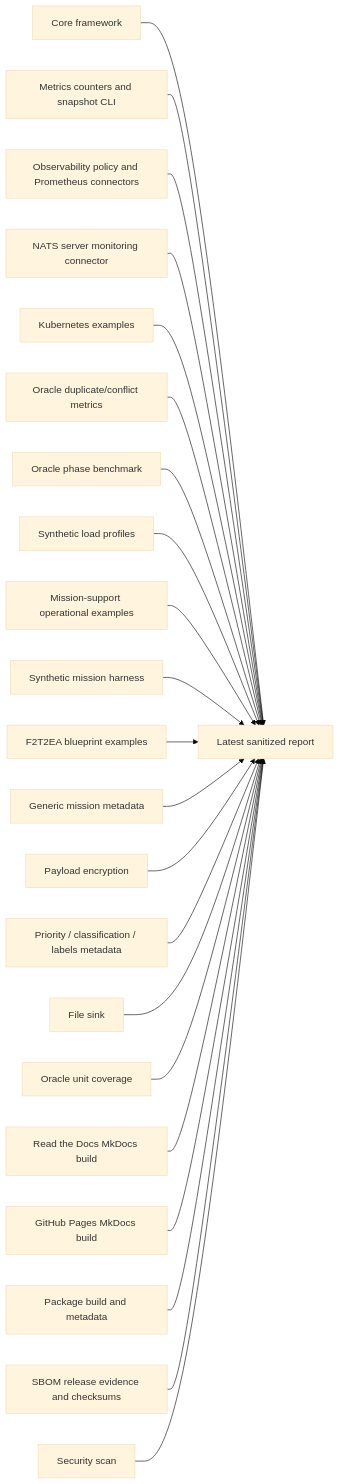
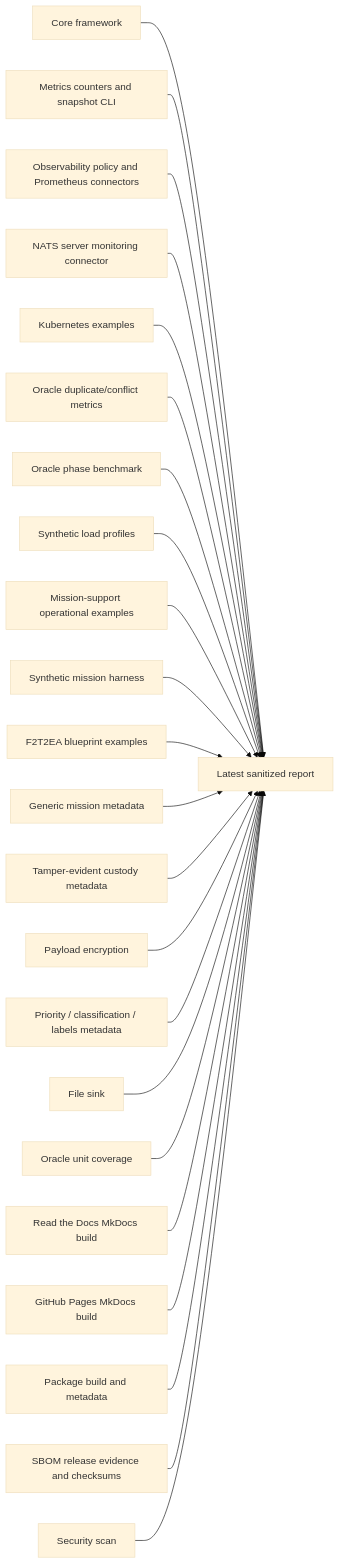
One commit to ProjectCuillin/nats-sinks changed the first of 5 diagrams in docs/test-report.md. Above: the diagram before and after it, drawn with Mermaid (base theme). The commit also changed other lines of this file and 31 other files, not shown here.

Commit message:
Add tamper-evident custody metadata

````diff
--- a/docs/test-report.md
+++ b/docs/test-report.md
@@ -82,24 +83,25 @@
 ```mermaid
 flowchart LR
     Core[Core framework] --> Report[Latest sanitized report]
     Metrics[Metrics counters and snapshot CLI] --> Report
     Observe[Observability policy and Prometheus connectors] --> Report
     NATSMon[NATS server monitoring connector] --> Report
     K8s[Kubernetes examples] --> Report
     OracleMetrics[Oracle duplicate/conflict metrics] --> Report
     OracleBenchmark[Oracle phase benchmark] --> Report
     LoadProfiles[Synthetic load profiles] --> Report
     MissionOps[Mission-support operational examples] --> Report
     Synthetic[Synthetic mission harness] --> Report
     F2T2EA[F2T2EA blueprint examples] --> Report
     MissionMeta[Generic mission metadata] --> Report
+    Custody[Tamper-evident custody metadata] --> Report
     Crypto[Payload encryption] --> Report
     MessageMeta[Priority / classification / labels metadata] --> Report
     File[File sink] --> Report
     OracleUnit[Oracle unit coverage] --> Report
     DocsRTD[Read the Docs MkDocs build] --> Report
     DocsPages[GitHub Pages MkDocs build] --> Report
     Package[Package build and metadata] --> Report
     SBOM[SBOM release evidence and checksums] --> Report
     Security[Security scan] --> Report
 ```
````
